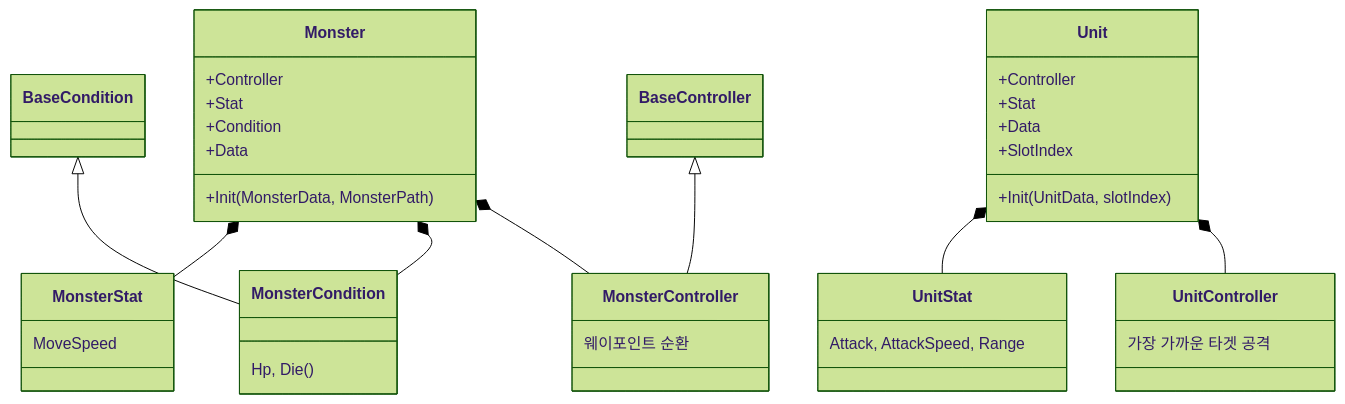
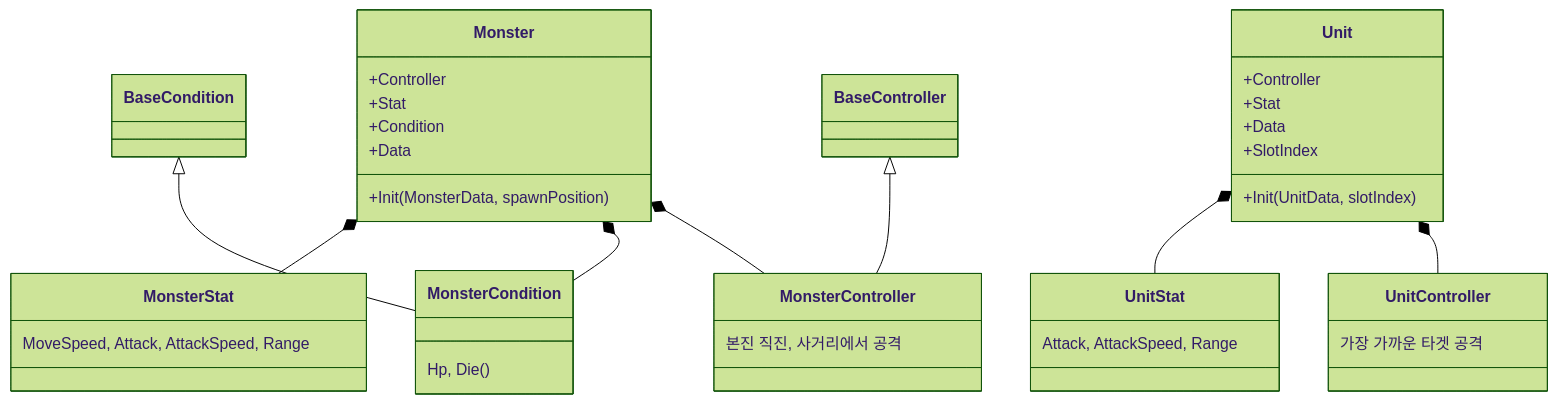
The second of 4 diagrams in Docs/Design/02_클라이언트_아키텍처.md (UihwanLee/CasualGameProject), drawn with Mermaid (forest theme) before and after one commit. The commit also changed other lines of this file and 2 other files, not shown here.

````diff
--- a/Docs/Design/02_클라이언트_아키텍처.md
+++ b/Docs/Design/02_클라이언트_아키텍처.md
@@ -112,30 +121,30 @@
 ```mermaid
 classDiagram
     class Monster {
         +Controller
         +Stat
         +Condition
         +Data
-        +Init(MonsterData, MonsterPath)
+        +Init(MonsterData, spawnPosition)
     }
-    class MonsterStat { MoveSpeed }
+    class MonsterStat { MoveSpeed, Attack, AttackSpeed, Range }
     class MonsterCondition { Hp, Die() }
-    class MonsterController { 웨이포인트 순환 }
+    class MonsterController { 본진 직진, 사거리에서 공격 }
     BaseCondition <|-- MonsterCondition
     BaseController <|-- MonsterController
     Monster *-- MonsterStat
     Monster *-- MonsterCondition
     Monster *-- MonsterController
 
     class Unit {
         +Controller
         +Stat
         +Data
         +SlotIndex
         +Init(UnitData, slotIndex)
     }
     class UnitStat { Attack, AttackSpeed, Range }
     class UnitController { 가장 가까운 타겟 공격 }
     Unit *-- UnitStat
     Unit *-- UnitController
 ```
````
